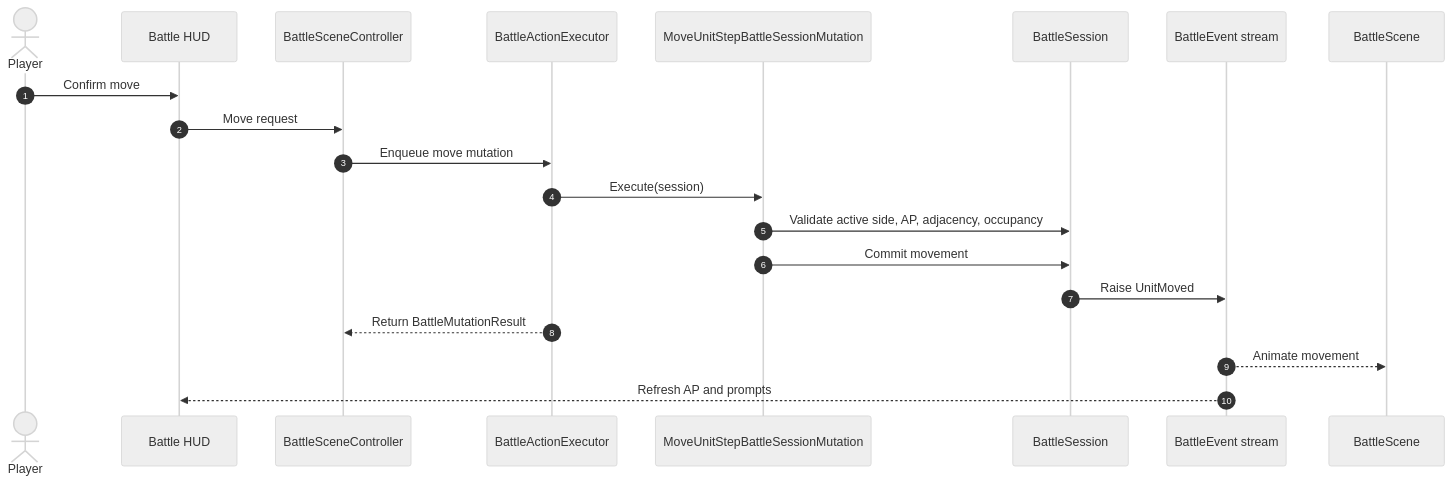
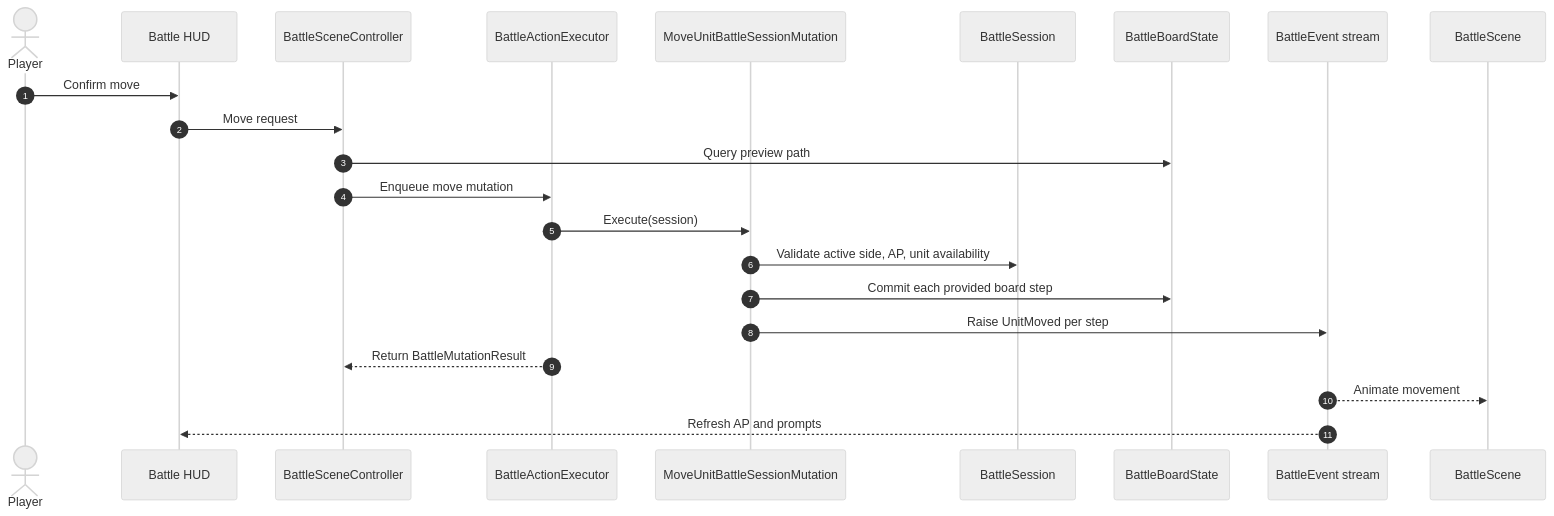
Before and after one commit to smallp-o-p/fun-project: the second of 2 diagrams in docs/battlescape-architecture.md, drawn with Mermaid (neutral theme). The commit also changed other lines of this file and 7 other files, not shown here.

````diff
--- a/docs/battlescape-architecture.md
+++ b/docs/battlescape-architecture.md
@@ -207,23 +224,25 @@
 ```mermaid
 sequenceDiagram
     autonumber
     actor Player
     participant HUD as Battle HUD
     participant Controller as BattleSceneController
     participant Exec as BattleActionExecutor
-    participant Mutation as MoveUnitStepBattleSessionMutation
+    participant Mutation as MoveUnitBattleSessionMutation
     participant Session as BattleSession
+    participant Board as BattleBoardState
     participant Event as BattleEvent stream
     participant View as BattleScene
 
     Player->>HUD: Confirm move
     HUD->>Controller: Move request
+    Controller->>Board: Query preview path
     Controller->>Exec: Enqueue move mutation
     Exec->>Mutation: Execute(session)
-    Mutation->>Session: Validate active side, AP, adjacency, occupancy
-    Mutation->>Session: Commit movement
-    Session->>Event: Raise UnitMoved
+    Mutation->>Session: Validate active side, AP, unit availability
+    Mutation->>Board: Commit each provided board step
+    Mutation->>Event: Raise UnitMoved per step
     Exec-->>Controller: Return BattleMutationResult
     Event-->>View: Animate movement
     Event-->>HUD: Refresh AP and prompts
 ```
````
